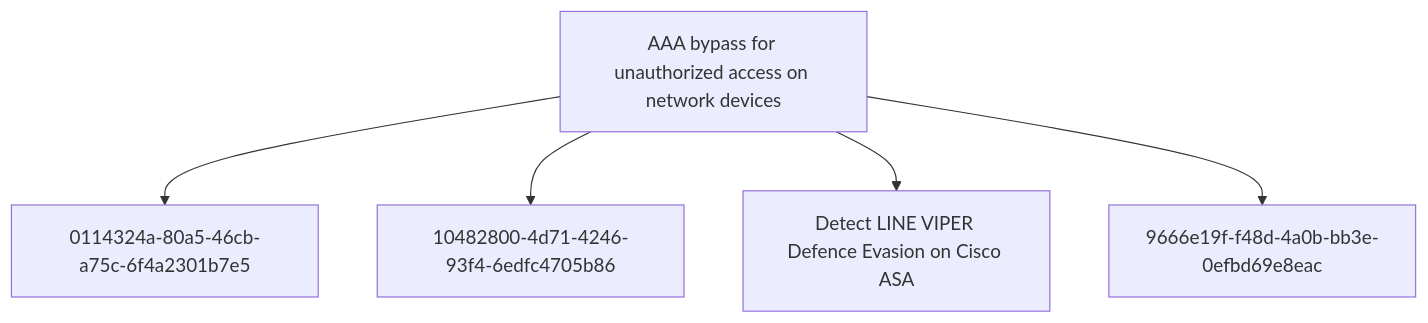
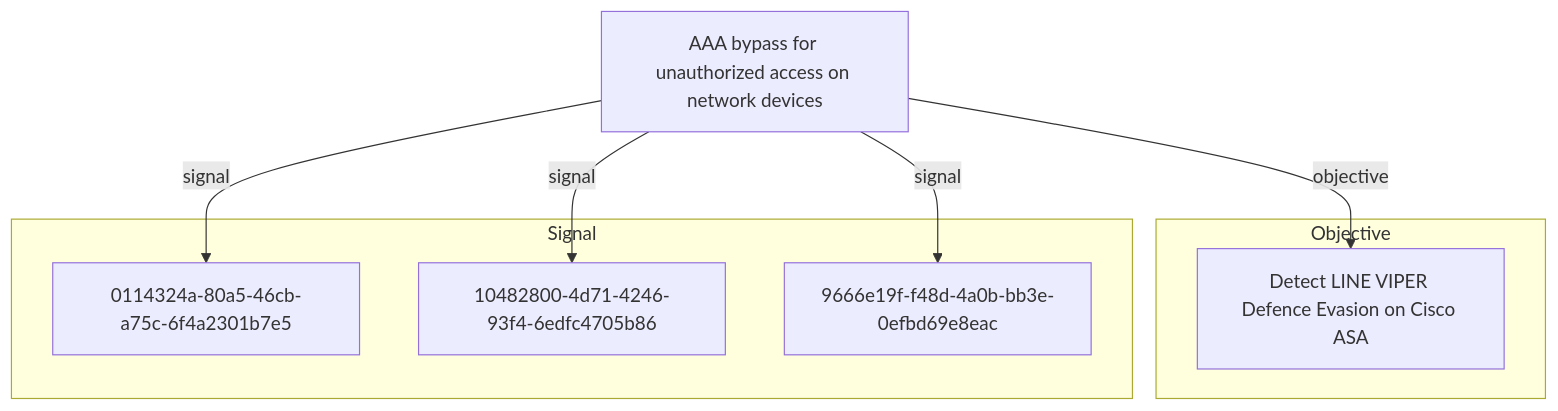
The second of 2 diagrams in docs/threats/aaa-bypass-for-unauthorized-access-on-network-devices.md (opentidehq/library), drawn with Mermaid before and after one commit. The commit also changed other lines of this file and 277 other files, not shown here.

````diff
--- a/docs/threats/aaa-bypass-for-unauthorized-access-on-network-devices.md
+++ b/docs/threats/aaa-bypass-for-unauthorized-access-on-network-devices.md
@@ -119,12 +163,16 @@
 ```mermaid
 flowchart TB
-53389577_fd8d_4ce6_9852_8365ed947c17["AAA bypass for unauthorized access on network devices"]
+subgraph "Objective"
+7c0f2788_690e_4d34_b9eb_5f76e7363ccc["Detect LINE VIPER Defence Evasion on Cisco ASA"]
+end
+subgraph "Signal"
 0114324a_80a5_46cb_a75c_6f4a2301b7e5["0114324a-80a5-46cb-a75c-6f4a2301b7e5"]
 10482800_4d71_4246_93f4_6edfc4705b86["10482800-4d71-4246-93f4-6edfc4705b86"]
-7c0f2788_690e_4d34_b9eb_5f76e7363ccc["Detect LINE VIPER Defence Evasion on Cisco ASA"]
 9666e19f_f48d_4a0b_bb3e_0efbd69e8eac["9666e19f-f48d-4a0b-bb3e-0efbd69e8eac"]
-53389577_fd8d_4ce6_9852_8365ed947c17 --> 0114324a_80a5_46cb_a75c_6f4a2301b7e5
-53389577_fd8d_4ce6_9852_8365ed947c17 --> 10482800_4d71_4246_93f4_6edfc4705b86
-53389577_fd8d_4ce6_9852_8365ed947c17 --> 7c0f2788_690e_4d34_b9eb_5f76e7363ccc
-53389577_fd8d_4ce6_9852_8365ed947c17 --> 9666e19f_f48d_4a0b_bb3e_0efbd69e8eac
+end
+53389577_fd8d_4ce6_9852_8365ed947c17["AAA bypass for unauthorized access on network devices"]
+53389577_fd8d_4ce6_9852_8365ed947c17 -->|objective| 7c0f2788_690e_4d34_b9eb_5f76e7363ccc
+53389577_fd8d_4ce6_9852_8365ed947c17 -->|signal| 0114324a_80a5_46cb_a75c_6f4a2301b7e5
+53389577_fd8d_4ce6_9852_8365ed947c17 -->|signal| 10482800_4d71_4246_93f4_6edfc4705b86
+53389577_fd8d_4ce6_9852_8365ed947c17 -->|signal| 9666e19f_f48d_4a0b_bb3e_0efbd69e8eac
 ```
````
